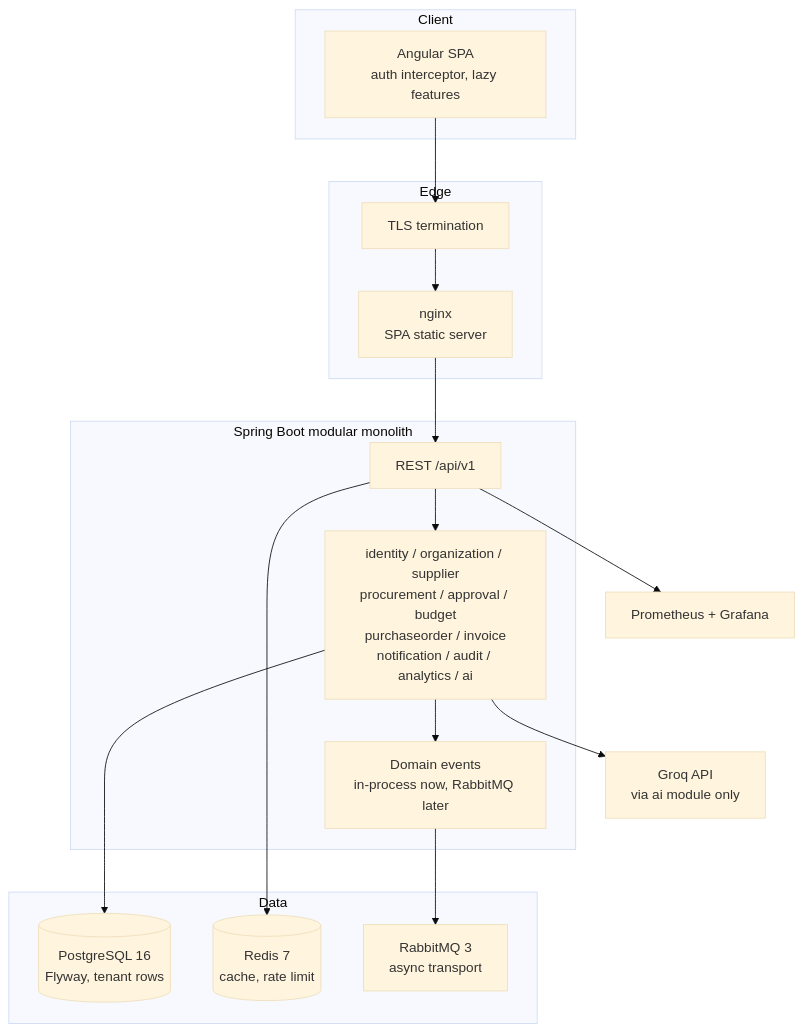
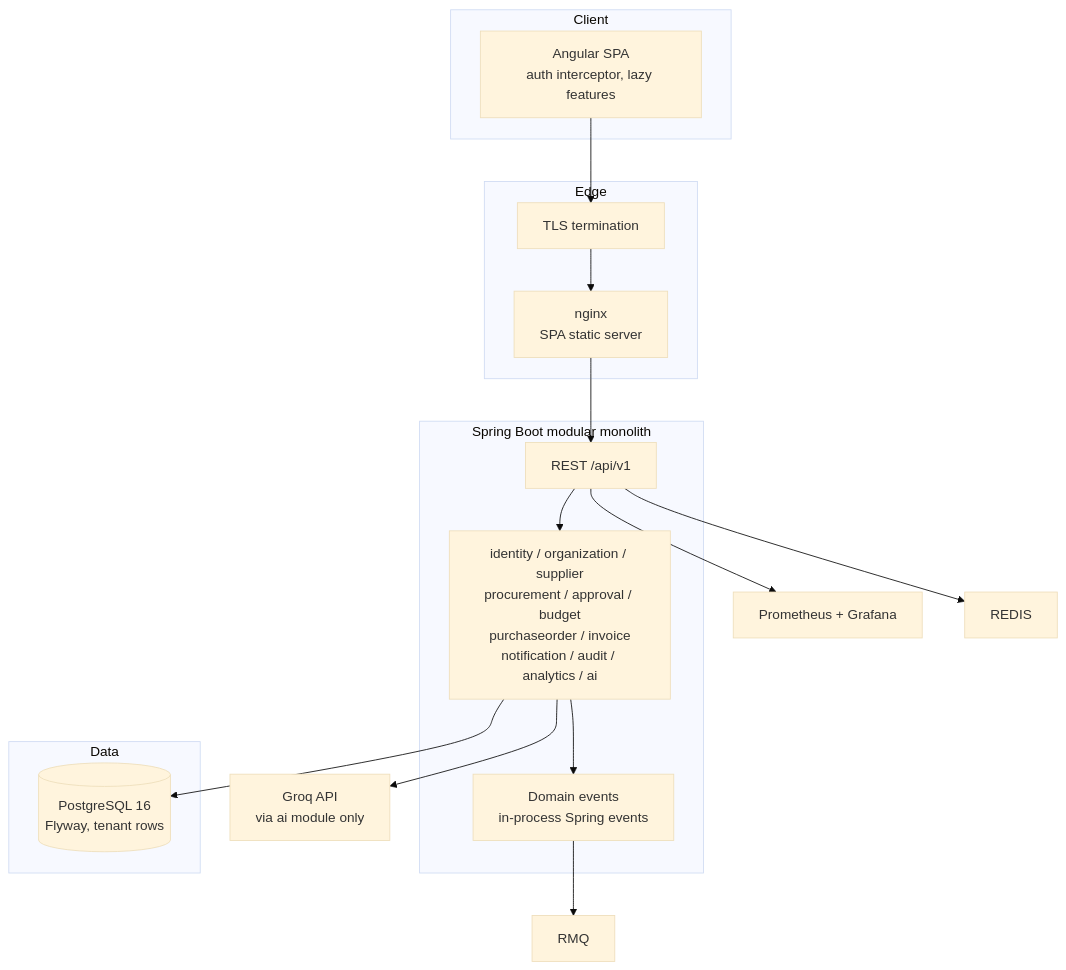
Before and after one commit to AhmedOL0/ProcureFlow: the diagram in docs/diagrams/architecture.mmd, drawn with Mermaid (base theme). The commit also changed 18 other files, not shown here.

First line of the commit message:
ops(lean): remove Redis/RabbitMQ, calibrate shell budget, lock donut centering

```diff
--- a/docs/diagrams/architecture.mmd
+++ b/docs/diagrams/architecture.mmd
@@ -1,31 +1,29 @@
 %% ProcureFlow system context (Mermaid source). Render with any Mermaid
 %% renderer; keep in sync with docs/architecture/overview.md.
 flowchart TB
   subgraph Client
     SPA[Angular SPA<br/>auth interceptor, lazy features]
   end
   subgraph Edge
     NGINX[nginx<br/>SPA static server]
     TLS[TLS termination]
   end
   subgraph Backend["Spring Boot modular monolith"]
     API[REST /api/v1]
     MODS[identity / organization / supplier<br/>procurement / approval / budget<br/>purchaseorder / invoice<br/>notification / audit / analytics / ai]
-    EV[Domain events<br/>in-process now, RabbitMQ later]
+    EV[Domain events<br/>in-process Spring events]
   end
   subgraph Data
     PG[(PostgreSQL 16<br/>Flyway, tenant rows)]
-    REDIS[(Redis 7<br/>cache, rate limit)]
-    RMQ[RabbitMQ 3<br/>async transport]
   end
   EXT[Groq API<br/>via ai module only]
   OBS[Prometheus + Grafana]
 
   SPA --> TLS --> NGINX
   NGINX --> API
   API --> MODS
   MODS --> EV --> RMQ
   MODS --> PG
   API --> REDIS
   MODS --> EXT
   API --> OBS
```
